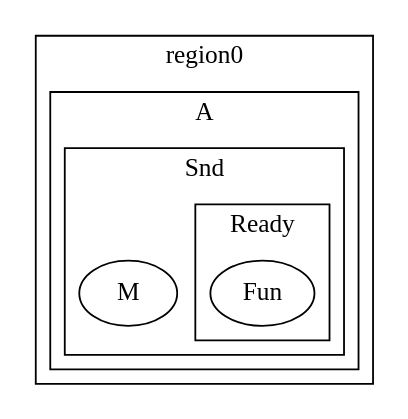
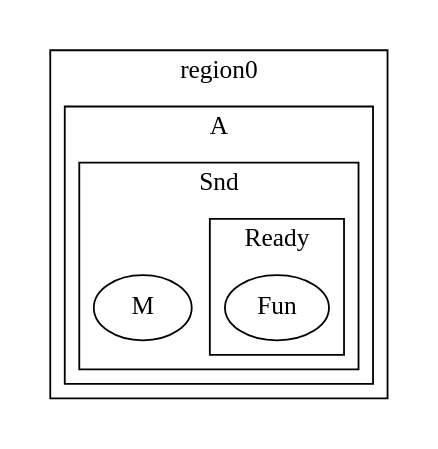
The diagram in testG.gv (YifanZhou2574765/bigraph), drawn with Graphviz before and after one commit. The commit also changed 9 other files, not shown here.

```diff
--- a/testG.gv
+++ b/testG.gv
@@ -1,18 +1,19 @@
 graph testG {
-	subgraph border {
+	subgraph cluster {
+		color=white
 		subgraph cluster {
-			label=region0
+			color=black label=region0
 			subgraph cluster {
 				label=A
 				subgraph cluster {
 					label=Snd
 					M
 					subgraph cluster {
 						label=Ready
 						Fun
 					}
 				}
 			}
 		}
 	}
 }
```
